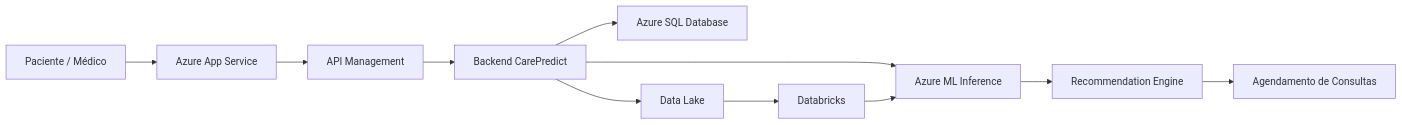
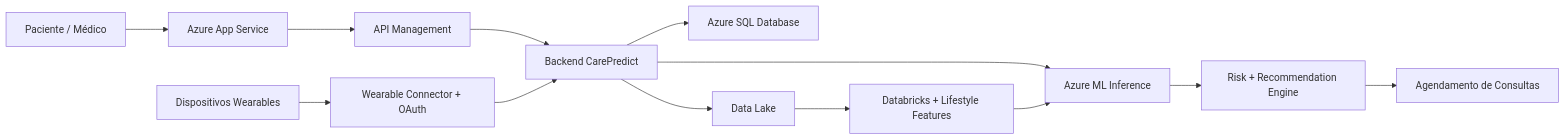
The second of 2 diagrams in ARQUITERUA CLOUD.md (ccps1-care-predict/care-plus-ccps1), drawn with Mermaid before and after one commit. The commit also changed other lines of this file and 11 other files, not shown here.

````diff
--- a/ARQUITERUA CLOUD.md
+++ b/ARQUITERUA CLOUD.md
@@ -414,25 +530,23 @@
 ```mermaid
 flowchart LR
 
 A[Paciente / Médico]
+W[Dispositivos Wearables]
 
 A --> B[Azure App Service]
+W --> C2[Wearable Connector + OAuth]
 
 B --> C[API Management]
-
 C --> D[Backend CarePredict]
+C2 --> D
 
 D --> E[Azure SQL Database]
-
 D --> F[Azure ML Inference]
 
-F --> G[Recommendation Engine]
-
+F --> G[Risk + Recommendation Engine]
 G --> H[Agendamento de Consultas]
 
 D --> I[Data Lake]
-
-I --> J[Databricks]
-
+I --> J[Databricks + Lifestyle Features]
 J --> F
 ```
````
